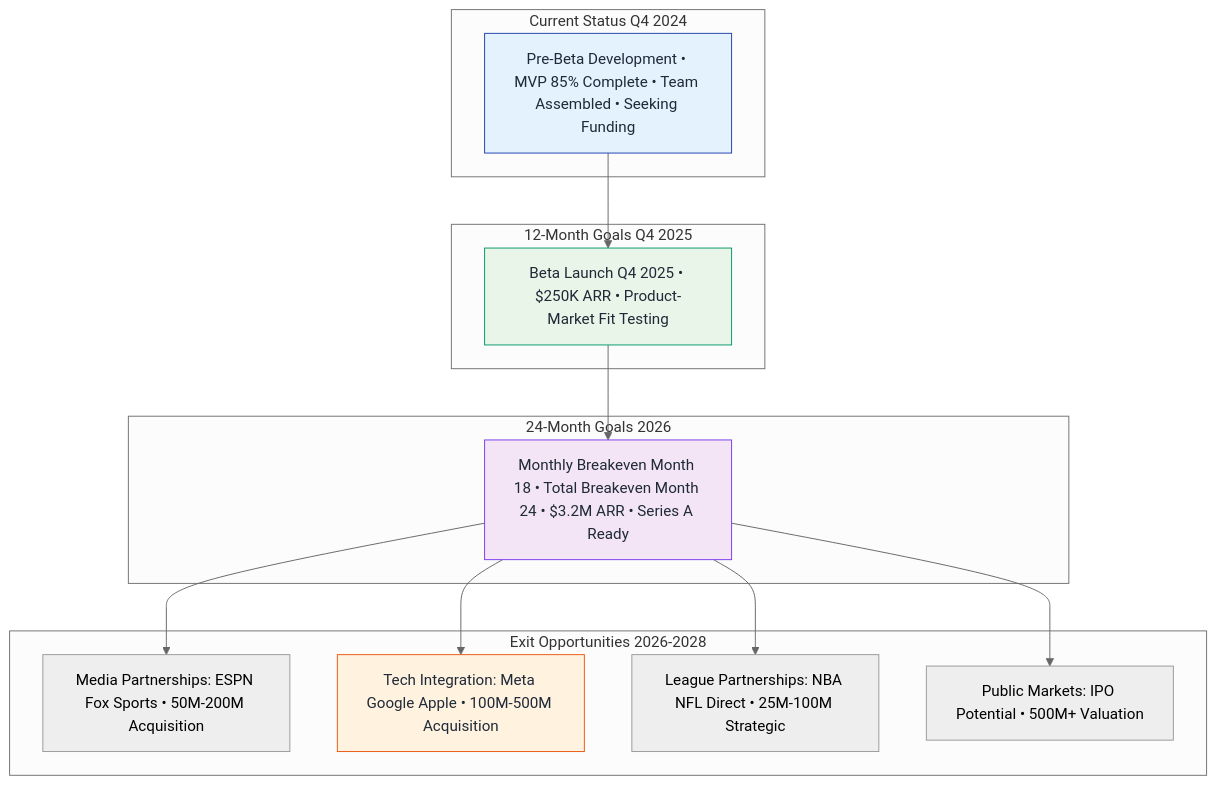
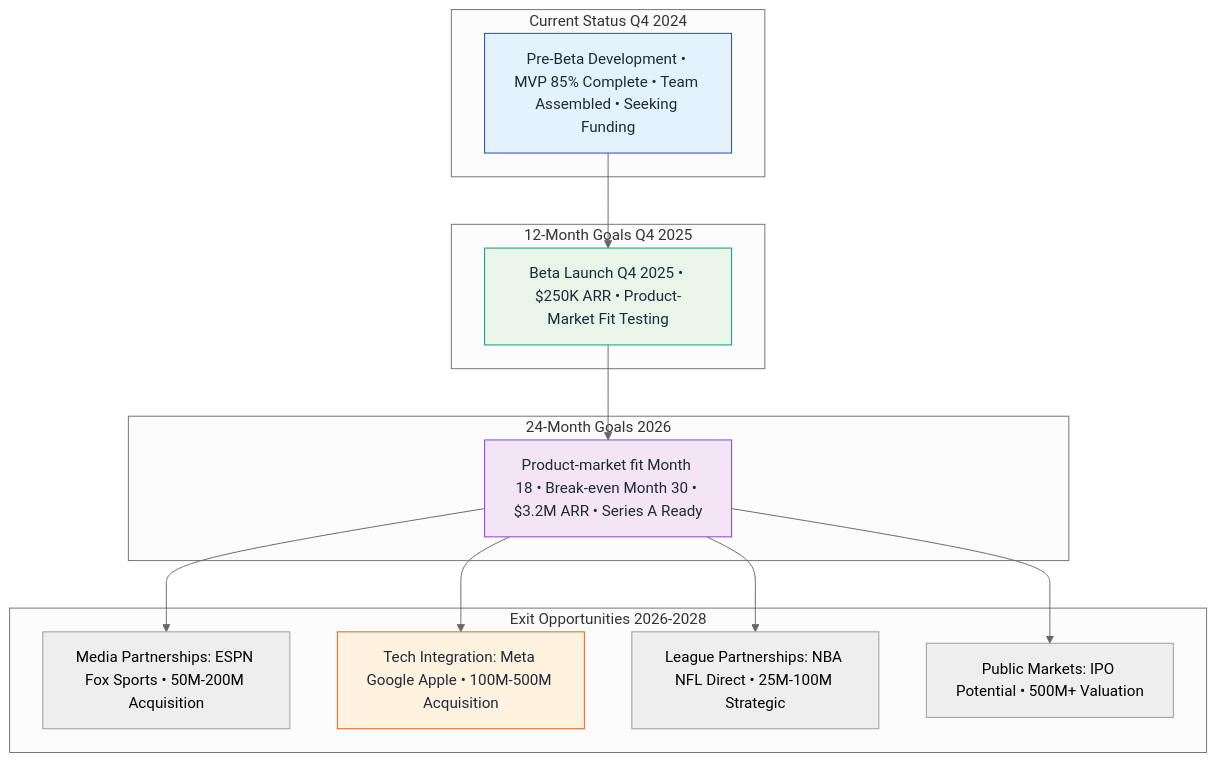
Before and after one commit to SkaFld-Ignite/ref-u-wireframes: the sixth of 7 diagrams in docs/investor-flows.md, drawn with Mermaid (neutral theme). The commit also changed 2 other files, not shown here.

Commit message:
Remove presentation overview and revert breakeven figures
📝 PRESENTATION CLEANUP:
- Removed '📋 Presentation Overview' section
- Removed '🎨 Presentation Features' section
- Removed '💡 Usage Notes' section
- Updated current status to Q4 2025 beta launch

📊 FINANCIAL CORRECTIONS:
- Reverted breakeven timeline from Month 24 to Month 30
- Kept new revenue projections (K, .2M, M)
- Changed Monthly Breakeven from Month 18 to Product-market fit Month 18
- Updated business model document consistently

✅ RESULTS:
- Cleaner, more focused pitch presentation
- Accurate timeline reflecting realistic breakeven expectations
- Maintained ambitious but achievable revenue targets
- Better investor-focused content without distracting overview text

````diff
--- a/docs/investor-flows.md
+++ b/docs/investor-flows.md
@@ -243,33 +243,33 @@
 ```mermaid
 graph TB
     subgraph "Current Status Q4 2024"
         A1[Pre-Beta Development • MVP 85% Complete • Team Assembled • Seeking Funding]
     end
     
     subgraph "12-Month Goals Q4 2025"
         B1[Beta Launch Q4 2025 • $250K ARR • Product-Market Fit Testing]
     end
     
     subgraph "24-Month Goals 2026"
-        C1[Monthly Breakeven Month 18 • Total Breakeven Month 24 • $3.2M ARR • Series A Ready]
+        C1[Product-market fit Month 18 • Break-even Month 30 • $3.2M ARR • Series A Ready]
     end
     
     subgraph "Exit Opportunities 2026-2028"
         D1[Media Partnerships: ESPN Fox Sports • 50M-200M Acquisition]
         D2[Tech Integration: Meta Google Apple • 100M-500M Acquisition]
         D3[League Partnerships: NBA NFL Direct • 25M-100M Strategic]
         D4[Public Markets: IPO Potential • 500M+ Valuation]
     end
     
     A1 --> B1
     B1 --> C1
     C1 --> D1
     C1 --> D2
     C1 --> D3
     C1 --> D4
     
     style A1 fill:#e3f2fd,stroke:#1e40af,color:#1f2937
     style B1 fill:#e8f5e8,stroke:#059669,color:#1f2937
     style C1 fill:#f3e5f5,stroke:#7c3aed,color:#1f2937
     style D2 fill:#fff3e0,stroke:#ea580c,color:#1f2937
 ```
````
